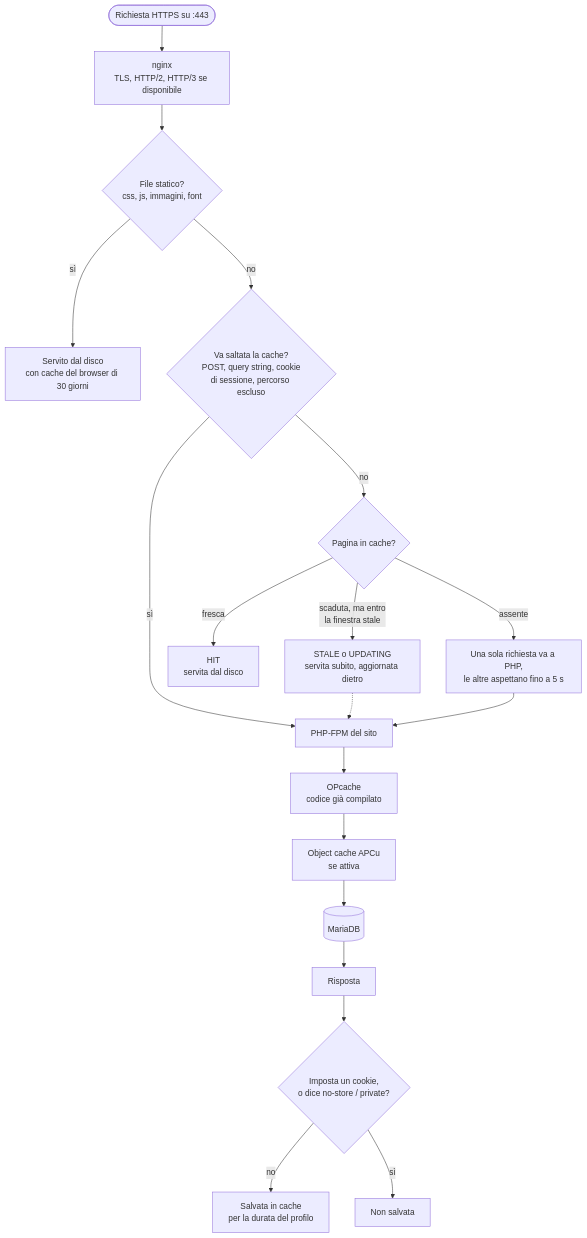
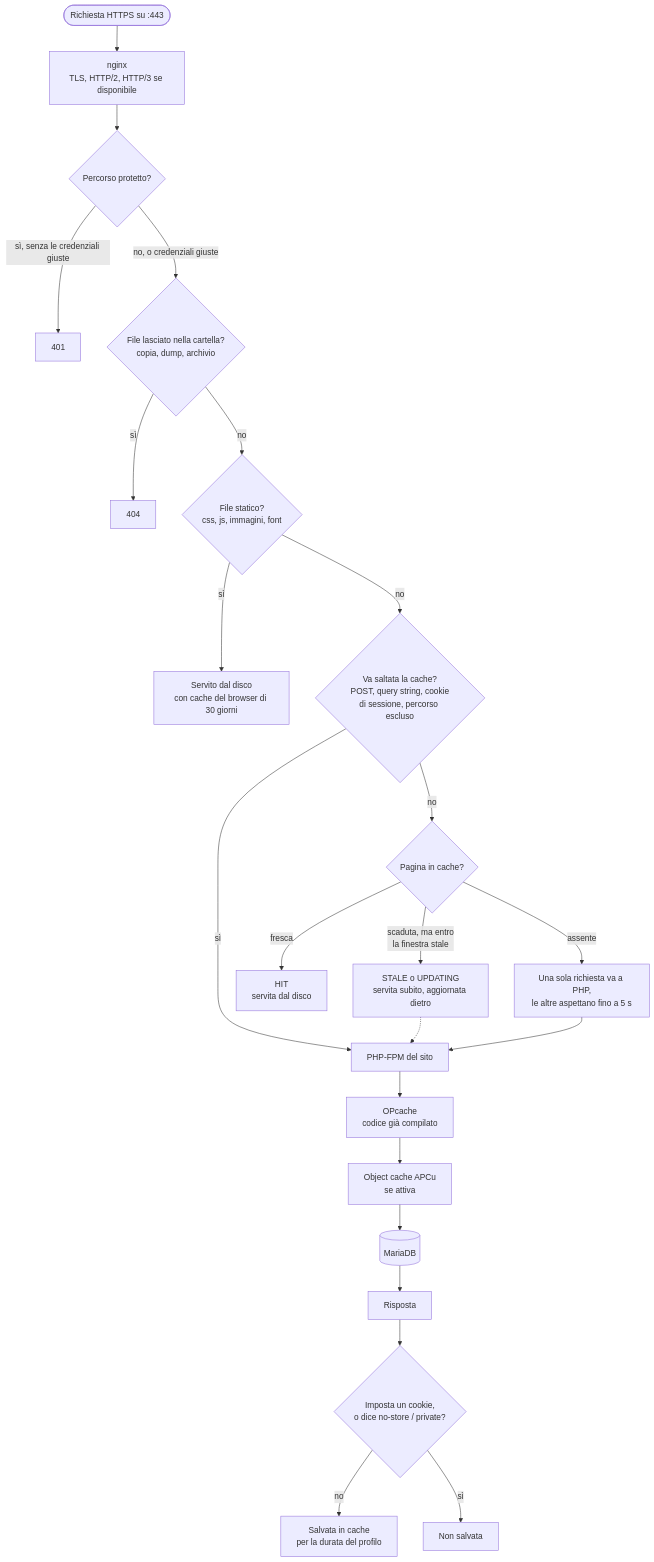
One commit to cloudground-it/cloudground-docs changed the diagram in docs/explanation/request-path.mdx. Above: the diagram before and after it, drawn with Mermaid. The commit also changed other lines of this file and 5 other files, not shown here.

````diff
--- a/docs/explanation/request-path.mdx
+++ b/docs/explanation/request-path.mdx
@@ -17,21 +17,25 @@
 ```mermaid
 flowchart TD
   req(["Richiesta HTTPS su :443"]) --> tls["nginx<br/>TLS, HTTP/2, HTTP/3 se disponibile"]
-  tls --> asset{"File statico?<br/>css, js, immagini, font"}
+  tls --> auth{"Percorso protetto?"}
+  auth -- "sì, senza le credenziali giuste" --> e401["401"]
+  auth -- "no, o credenziali giuste" --> left{"File lasciato nella cartella?<br/>copia, dump, archivio"}
+  left -- "sì" --> e404["404"]
+  left -- "no" --> asset{"File statico?<br/>css, js, immagini, font"}
   asset -- "sì" --> disk["Servito dal disco<br/>con cache del browser di 30 giorni"]
   asset -- "no" --> skip{"Va saltata la cache?<br/>POST, query string, cookie<br/>di sessione, percorso escluso"}
   skip -- "sì" --> php
   skip -- "no" --> lookup{"Pagina in cache?"}
   lookup -- "fresca" --> hit["HIT<br/>servita dal disco"]
   lookup -- "scaduta, ma entro<br/>la finestra stale" --> stale["STALE o UPDATING<br/>servita subito, aggiornata dietro"]
   lookup -- "assente" --> lock["Una sola richiesta va a PHP,<br/>le altre aspettano fino a 5 s"]
   stale -.-> php
   lock --> php["PHP-FPM del sito"]
   php --> opc["OPcache<br/>codice già compilato"]
   opc --> oc["Object cache APCu<br/>se attiva"]
   oc --> maria[("MariaDB")]
   maria --> resp["Risposta"]
   resp --> store{"Imposta un cookie,<br/>o dice no-store / private?"}
   store -- "no" --> save["Salvata in cache<br/>per la durata del profilo"]
   store -- "sì" --> nosave["Non salvata"]
 ```
````
